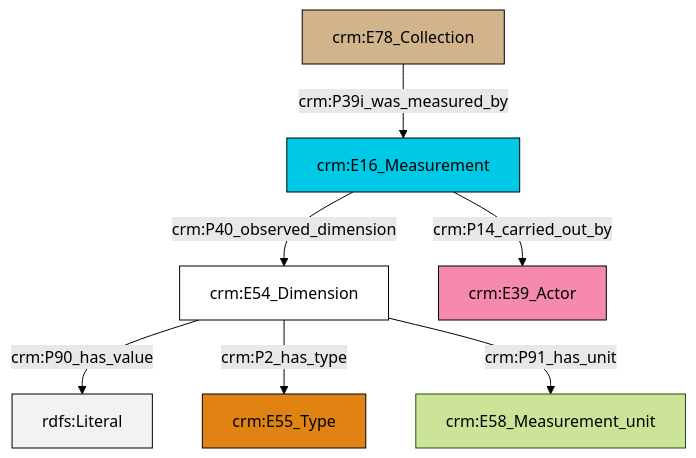
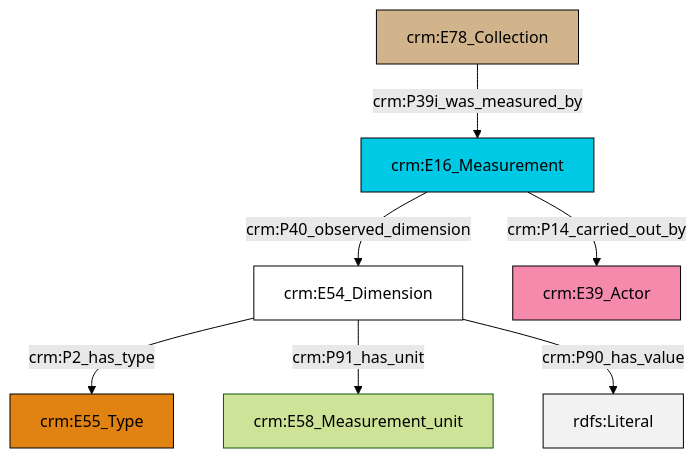
One commit to swiss-art-research-net/docs.swissartresearch changed the diagram in et/archivalCSV/ttl/mmd/archival_substance.ttl.mmd. Above: the diagram before and after it, drawn with Mermaid (forest theme). The commit also changed 175 other files, not shown here.

```diff
--- a/et/archivalCSV/ttl/mmd/archival_substance.ttl.mmd
+++ b/et/archivalCSV/ttl/mmd/archival_substance.ttl.mmd
@@ -1,21 +1,21 @@
 graph TD
 classDef Literal fill:#f2f2f2,stroke:#000000;
 classDef CRM_Entity fill:#FFFFFF,stroke:#000000;
 classDef Temporal_Entity fill:#00C9E6, stroke:#000000;
 classDef Type fill:#E18312, stroke:#000000;
 classDef Time-Span fill:#2C9C91, stroke:#000000;
 classDef Appellation fill:#FFEB7F, stroke:#000000;
 classDef Place fill:#008836, stroke:#000000;
 classDef Persistent_Item fill:#B266B2, stroke:#000000;
 classDef Conceptual_Object fill:#FFD700, stroke:#000000;
 classDef Physical_Thing fill:#D2B48C, stroke:#000000;
 classDef Actor fill:#f58aad, stroke:#000000;
 classDef PC_Classes fill:#4ce600, stroke:#000000;
 classDef Multi fill:#cccccc,stroke:#000000;
 
-0["crm:E54_Dimension"]:::CRM_Entity -->|crm:P90_has_value| 1[rdfs:Literal]:::Literal
-0["crm:E54_Dimension"]:::CRM_Entity -->|crm:P2_has_type| 2["crm:E55_Type"]:::Type
-7["crm:E16_Measurement"]:::Temporal_Entity -->|crm:P40_observed_dimension| 0["crm:E54_Dimension"]:::CRM_Entity
-0["crm:E54_Dimension"]:::CRM_Entity -->|crm:P91_has_unit| 8["crm:E58_Measurement_unit"]:::Default
-7["crm:E16_Measurement"]:::Temporal_Entity -->|crm:P14_carried_out_by| 5["crm:E39_Actor"]:::Actor
-9["crm:E78_Collection"]:::Physical_Thing -->|crm:P39i_was_measured_by| 7["crm:E16_Measurement"]:::Temporal_Entity
+4["crm:E16_Measurement"]:::Temporal_Entity -->|crm:P14_carried_out_by| 5["crm:E39_Actor"]:::Actor
+6["crm:E78_Collection"]:::Physical_Thing -->|crm:P39i_was_measured_by| 4["crm:E16_Measurement"]:::Temporal_Entity
+2["crm:E54_Dimension"]:::CRM_Entity -->|crm:P2_has_type| 9["crm:E55_Type"]:::Type
+2["crm:E54_Dimension"]:::CRM_Entity -->|crm:P91_has_unit| 0["crm:E58_Measurement_unit"]:::Default
+4["crm:E16_Measurement"]:::Temporal_Entity -->|crm:P40_observed_dimension| 2["crm:E54_Dimension"]:::CRM_Entity
+2["crm:E54_Dimension"]:::CRM_Entity -->|crm:P90_has_value| 11[rdfs:Literal]:::Literal
```
